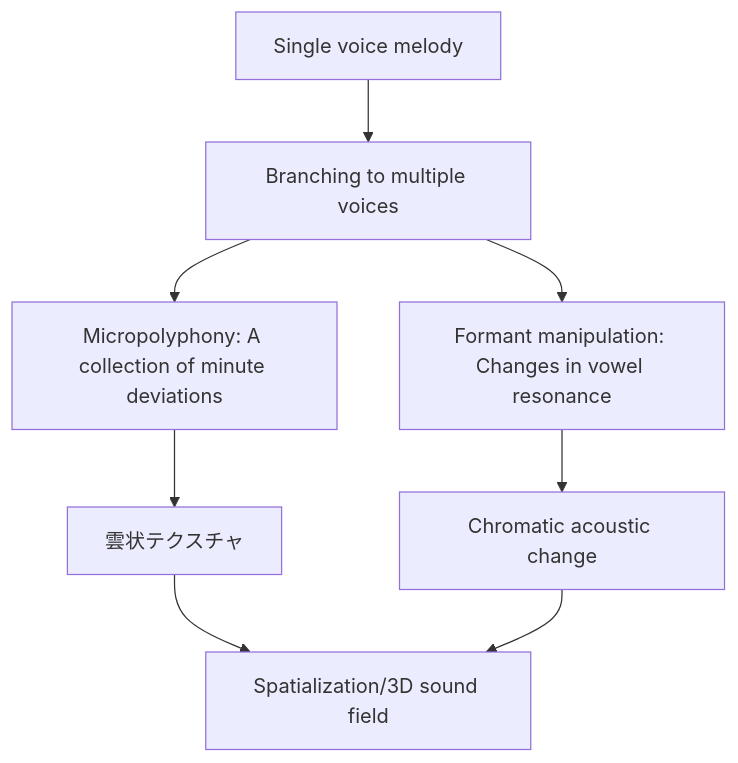
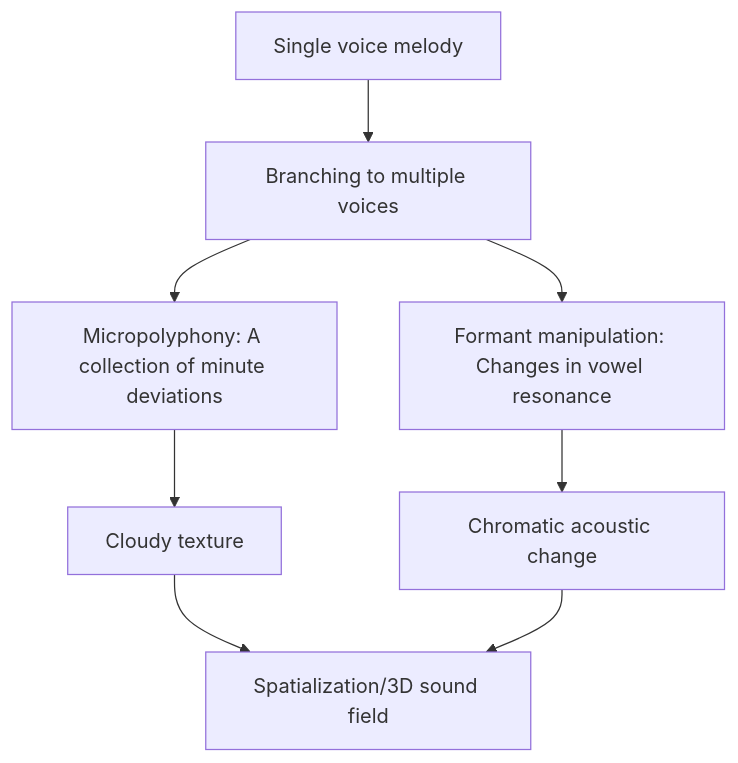
One commit to monumental-movement/monumental-movement.github.io changed the second of 2 diagrams in en/_posts/2025-12-10-column-choral-vocal-experimental.md. Above: the diagram before and after it, drawn with Mermaid. The commit also changed other lines of this file and 851 other files, not shown here.

```diff
--- a/en/_posts/2025-12-10-column-choral-vocal-experimental.md
+++ b/en/_posts/2025-12-10-column-choral-vocal-experimental.md
@@ -228,10 +228,10 @@
 <div class="mermaid">
 flowchart TD
     A["Single voice melody"] --> B["Branching to multiple voices"]
     B --> C["Micropolyphony: A collection of minute deviations"]
     B --> D["Formant manipulation: Changes in vowel resonance"]
-    C --> E["雲状テクスチャ"]
+    C --> E["Cloudy texture"]
     D --> F["Chromatic acoustic change"]
     E --> G["Spatialization/3D sound field"]
     F --> G["Spatialization/3D sound field"]
 </div>
```
